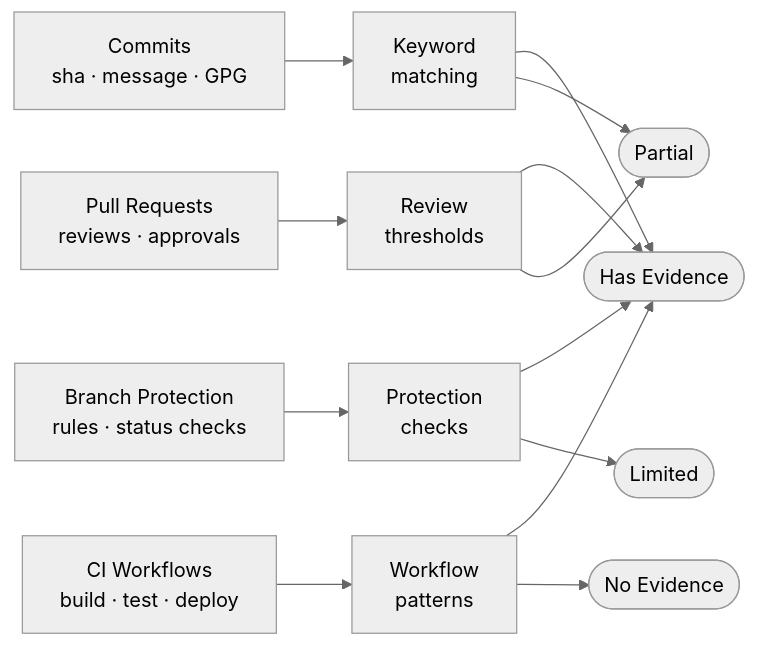
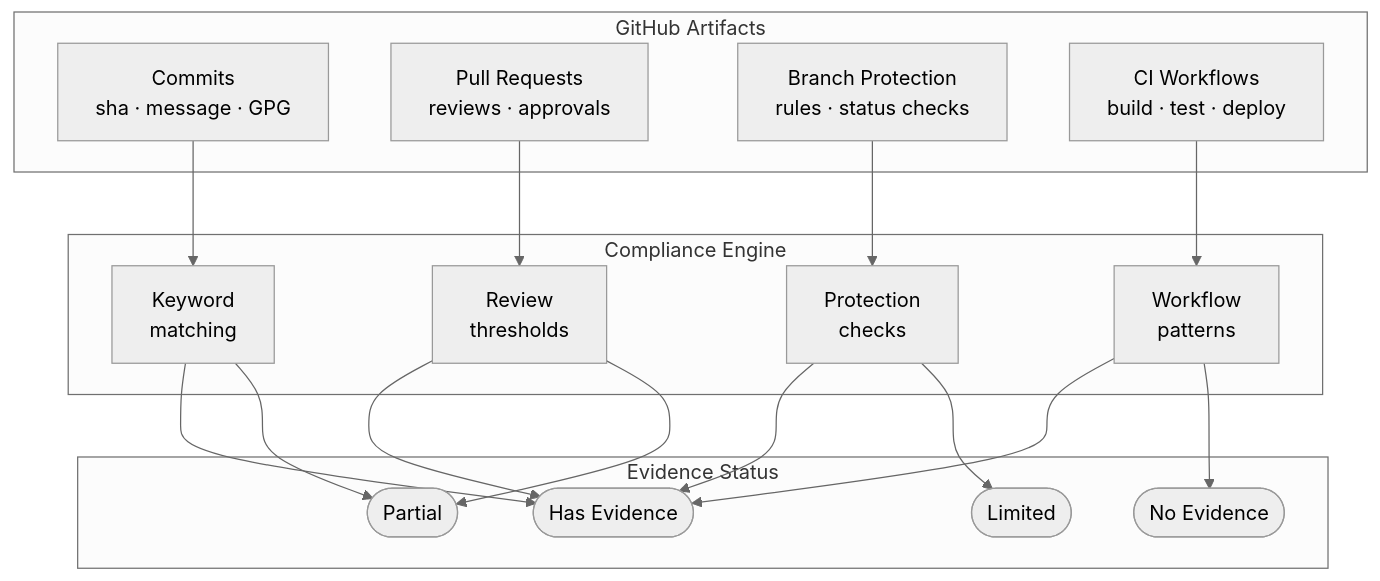
The tenth of 16 diagrams in README.md (JohnJohnW/audittrail-dev), drawn with Mermaid (neutral theme) before and after one commit. The commit also changed other lines of this file and 3 other files, not shown here.

First line of the commit message:
Fix mermaid diagrams, pie chart label, and dashboard navigation bug

````diff
--- a/README.md
+++ b/README.md
@@ -450,32 +449,33 @@
 ```mermaid
-flowchart LR
-    C["Commits\nsha · message · GPG"]
-    PR["Pull Requests\nreviews · approvals"]
-    BP["Branch Protection\nrules · status checks"]
-    CI["CI Workflows\nbuild · test · deploy"]
+flowchart TD
+    subgraph Artifacts["GitHub Artifacts"]
+        C["Commits\nsha · message · GPG"]
+        PR["Pull Requests\nreviews · approvals"]
+        BP["Branch Protection\nrules · status checks"]
+        CI["CI Workflows\nbuild · test · deploy"]
+    end
 
-    KW["Keyword\nmatching"]
-    RC["Review\nthresholds"]
-    BP2["Protection\nchecks"]
-    WF["Workflow\npatterns"]
+    subgraph Engine["Compliance Engine"]
+        KW["Keyword\nmatching"]
+        RC["Review\nthresholds"]
+        BP2["Protection\nchecks"]
+        WF["Workflow\npatterns"]
+    end
 
-    PA(["Partial"])
-    HE(["Has Evidence"])
-    LI(["Limited"])
-    NE(["No Evidence"])
+    subgraph Status["Evidence Status"]
+        HE(["Has Evidence"])
+        PA(["Partial"])
+        LI(["Limited"])
+        NE(["No Evidence"])
+    end
 
     C  --> KW
     PR --> RC
     BP --> BP2
     CI --> WF
 
-    KW  --> HE
-    RC  --> HE
-    BP2 --> HE
-    WF  --> HE
-
-    KW  --> PA
-    RC  --> PA
-    BP2 --> LI
-    WF  --> NE
+    KW  --> HE & PA
+    RC  --> HE & PA
+    BP2 --> HE & LI
+    WF  --> HE & NE
 ```
````
